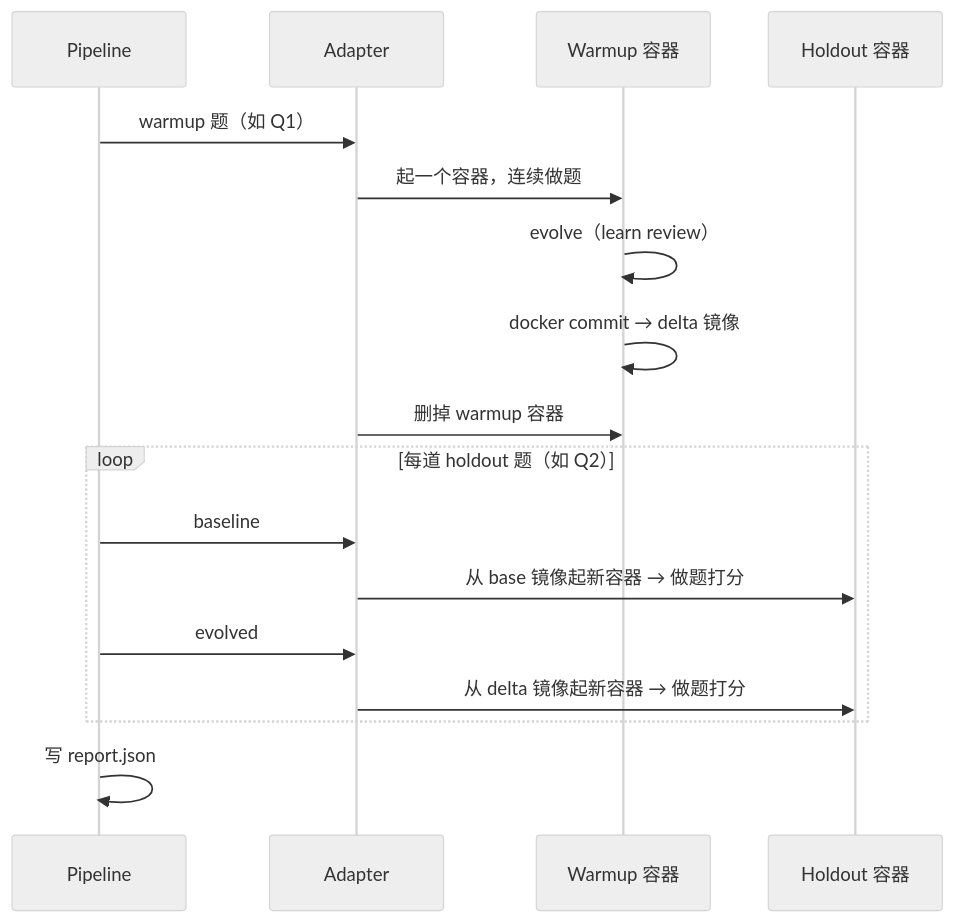
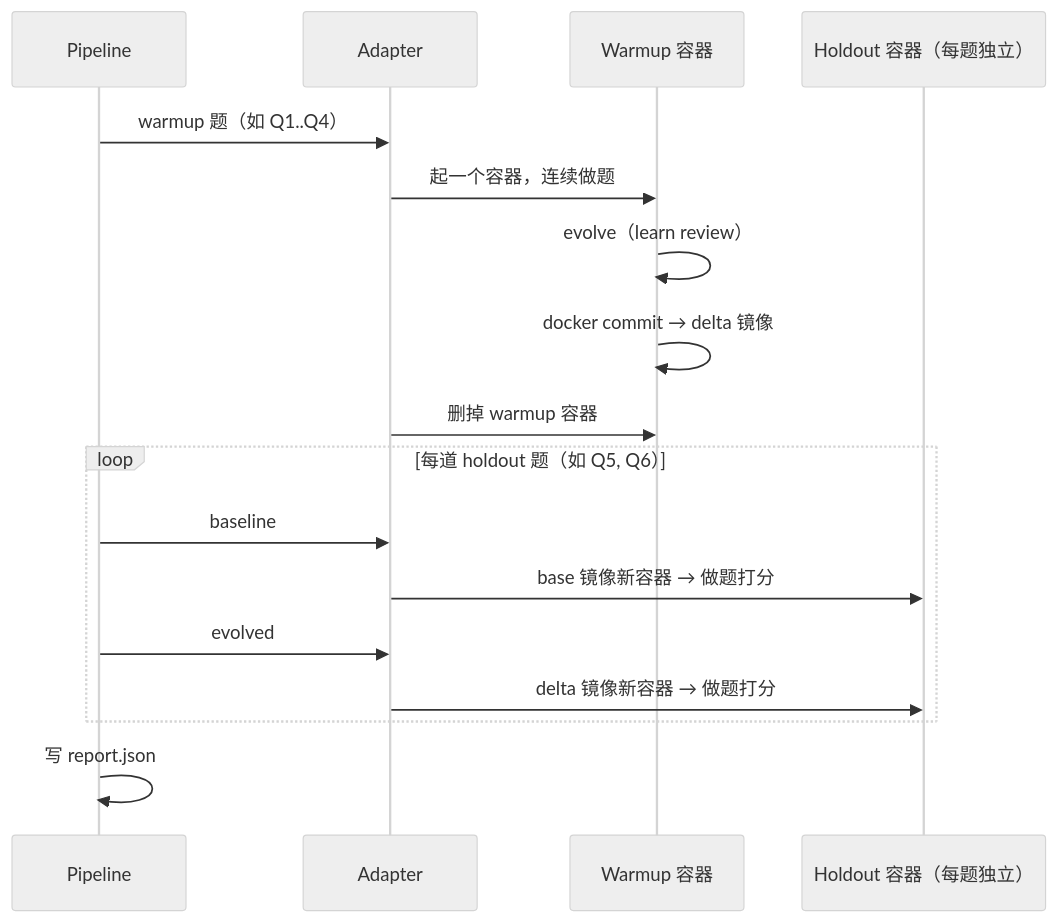
Before and after one commit to FeiZhuNiU-INFJA/LIFT: the diagram in docs/lift-framework-guide-cn.md, drawn with Mermaid (neutral theme). The commit also changed other lines of this file and 4 other files, not shown here.

````diff
--- a/docs/lift-framework-guide-cn.md
+++ b/docs/lift-framework-guide-cn.md
@@ -83,22 +82,22 @@
 ```mermaid
 sequenceDiagram
     participant P as Pipeline
     participant A as Adapter
     participant W as Warmup 容器
-    participant H as Holdout 容器
+    participant H as Holdout 容器（每题独立）
 
-    P->>A: warmup 题（如 Q1）
+    P->>A: warmup 题（如 Q1..Q4）
     A->>W: 起一个容器，连续做题
     W->>W: evolve（learn review）
     W->>W: docker commit → delta 镜像
     A->>W: 删掉 warmup 容器
 
-    loop 每道 holdout 题（如 Q2）
+    loop 每道 holdout 题（如 Q5, Q6）
         P->>A: baseline
-        A->>H: 从 base 镜像起新容器 → 做题打分
+        A->>H: base 镜像新容器 → 做题打分
         P->>A: evolved
-        A->>H: 从 delta 镜像起新容器 → 做题打分
+        A->>H: delta 镜像新容器 → 做题打分
     end
 
     P->>P: 写 report.json
 ```
````
